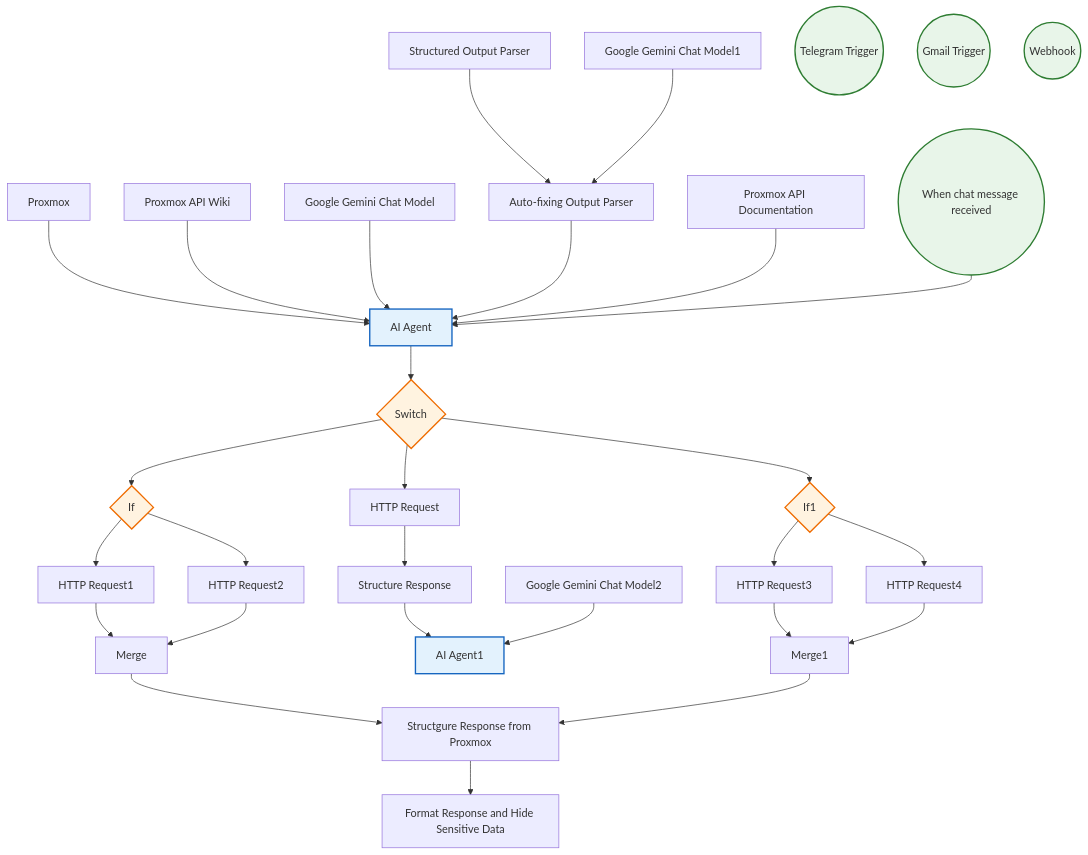
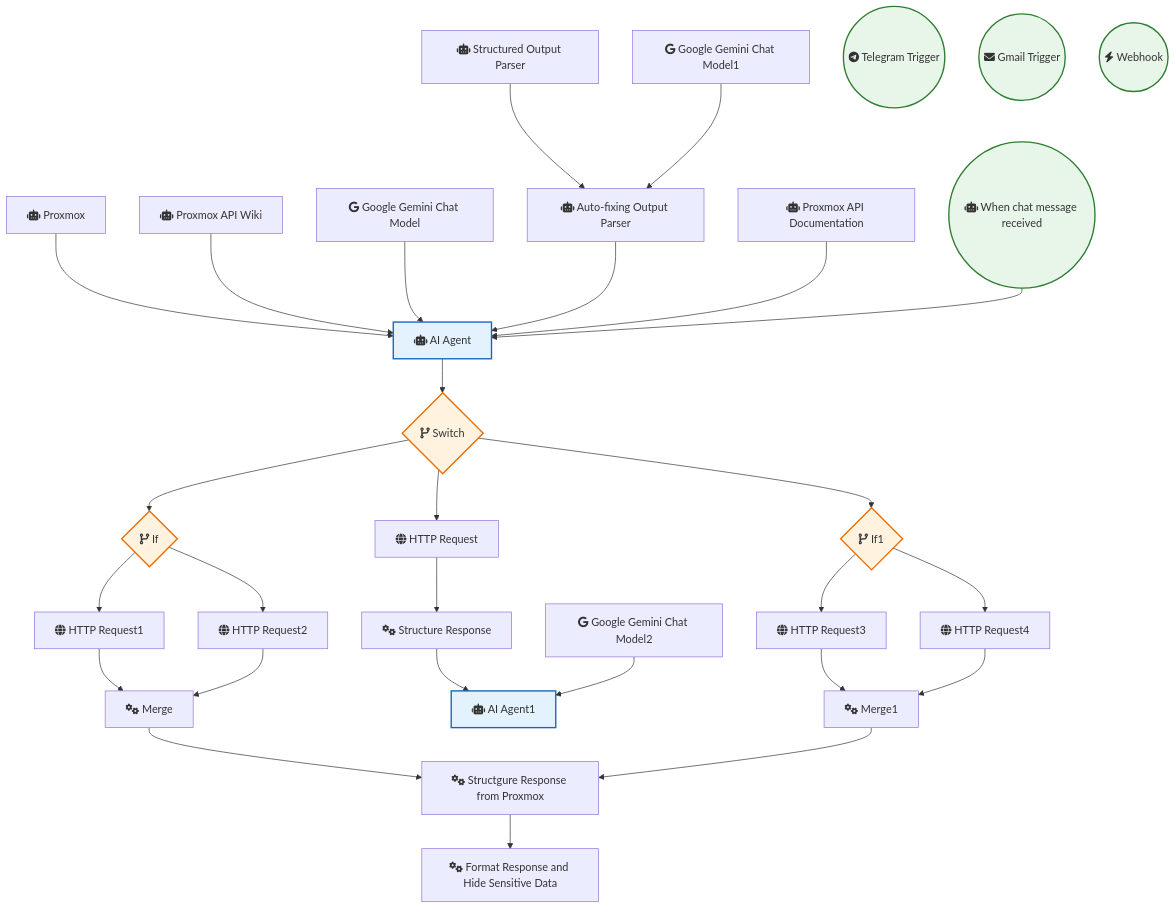
Before and after one commit to sreyash3105/N8N-DEMO-AUTOMATIONS: the diagram in OpenAI_and_LLMs/Proxmox AI Agent with n8n and Generative AI Integration.md, drawn with Mermaid. The commit also changed 291 other files, not shown here.

````diff
--- a/OpenAI_and_LLMs/Proxmox AI Agent with n8n and Generative AI Integration.md
+++ b/OpenAI_and_LLMs/Proxmox AI Agent with n8n and Generative AI Integration.md
@@ -1,61 +1,61 @@
 ```mermaid
 graph TD
     classDef trigger fill:#e8f5e9,stroke:#2e7d32,stroke-width:2px;
     classDef ai fill:#e3f2fd,stroke:#1565c0,stroke-width:2px;
     classDef logic fill:#fff3e0,stroke:#ef6c00,stroke-width:2px;
 
-    HTTP_Request1["HTTP Request1"]
-    Proxmox_API_Documentation["Proxmox API Documentation"]
-    Auto_fixing_Output_Parser["Auto-fixing Output Parser"]
-    Google_Gemini_Chat_Model1["Google Gemini Chat Model1"]
-    Structured_Output_Parser["Structured Output Parser"]
-    Proxmox["Proxmox"]
-    HTTP_Request["HTTP Request"]
-    Google_Gemini_Chat_Model2["Google Gemini Chat Model2"]
-    When_chat_message_received(("When chat message received")):::trigger
-    Telegram_Trigger(("Telegram Trigger")):::trigger
-    Gmail_Trigger(("Gmail Trigger")):::trigger
-    Webhook(("Webhook")):::trigger
-    Proxmox_API_Wiki["Proxmox API Wiki"]
-    Structure_Response["Structure Response"]
-    Structgure_Response_from_Proxmox["Structgure Response from Proxmox"]
-    Format_Response_and_Hide_Sensitive_Data["Format Response and Hide Sensitive Data"]
-    If{"If"}:::logic
-    HTTP_Request2["HTTP Request2"]
-    Merge["Merge"]
-    HTTP_Request3["HTTP Request3"]
-    Google_Gemini_Chat_Model["Google Gemini Chat Model"]
-    AI_Agent1["AI Agent1"]:::ai
-    If1{"If1"}:::logic
-    HTTP_Request4["HTTP Request4"]
-    Merge1["Merge1"]
-    AI_Agent["AI Agent"]:::ai
-    Switch{"Switch"}:::logic
+    HTTP_Request1["fas:fa-globe HTTP Request1"]
+    Proxmox_API_Documentation["fas:fa-robot Proxmox API Documentation"]
+    Auto_fixing_Output_Parser["fas:fa-robot Auto-fixing Output Parser"]
+    Google_Gemini_Chat_Model1["fab:fa-google Google Gemini Chat Model1"]
+    Structured_Output_Parser["fas:fa-robot Structured Output Parser"]
+    Proxmox["fas:fa-robot Proxmox"]
+    HTTP_Request["fas:fa-globe HTTP Request"]
+    Google_Gemini_Chat_Model2["fab:fa-google Google Gemini Chat Model2"]
+    When_chat_message_received(("fas:fa-robot When chat message received")):::trigger
+    Telegram_Trigger(("fab:fa-telegram Telegram Trigger")):::trigger
+    Gmail_Trigger(("fas:fa-envelope Gmail Trigger")):::trigger
+    Webhook(("fas:fa-bolt Webhook")):::trigger
+    Proxmox_API_Wiki["fas:fa-robot Proxmox API Wiki"]
+    Structure_Response["fas:fa-cogs Structure Response"]
+    Structgure_Response_from_Proxmox["fas:fa-cogs Structgure Response from Proxmox"]
+    Format_Response_and_Hide_Sensitive_Data["fas:fa-cogs Format Response and Hide Sensitive Data"]
+    If{"fas:fa-code-branch If"}:::logic
+    HTTP_Request2["fas:fa-globe HTTP Request2"]
+    Merge["fas:fa-cogs Merge"]
+    HTTP_Request3["fas:fa-globe HTTP Request3"]
+    Google_Gemini_Chat_Model["fab:fa-google Google Gemini Chat Model"]
+    AI_Agent1["fas:fa-robot AI Agent1"]:::ai
+    If1{"fas:fa-code-branch If1"}:::logic
+    HTTP_Request4["fas:fa-globe HTTP Request4"]
+    Merge1["fas:fa-cogs Merge1"]
+    AI_Agent["fas:fa-robot AI Agent"]:::ai
+    Switch{"fas:fa-code-branch Switch"}:::logic
 
     If --> HTTP_Request1
     If --> HTTP_Request2
     If1 --> HTTP_Request3
     If1 --> HTTP_Request4
     Merge --> Structgure_Response_from_Proxmox
     Merge1 --> Structgure_Response_from_Proxmox
     Switch --> HTTP_Request
     Switch --> If
     Switch --> If1
     Proxmox --> AI_Agent
     AI_Agent --> Switch
     HTTP_Request --> Structure_Response
     HTTP_Request1 --> Merge
     HTTP_Request2 --> Merge
     HTTP_Request3 --> Merge1
     HTTP_Request4 --> Merge1
     Proxmox_API_Wiki --> AI_Agent
     Structure_Response --> AI_Agent1
     Google_Gemini_Chat_Model --> AI_Agent
     Structured_Output_Parser --> Auto_fixing_Output_Parser
     Auto_fixing_Output_Parser --> AI_Agent
     Google_Gemini_Chat_Model1 --> Auto_fixing_Output_Parser
     Google_Gemini_Chat_Model2 --> AI_Agent1
     Proxmox_API_Documentation --> AI_Agent
     When_chat_message_received --> AI_Agent
     Structgure_Response_from_Proxmox --> Format_Response_and_Hide_Sensitive_Data
 ```
````
